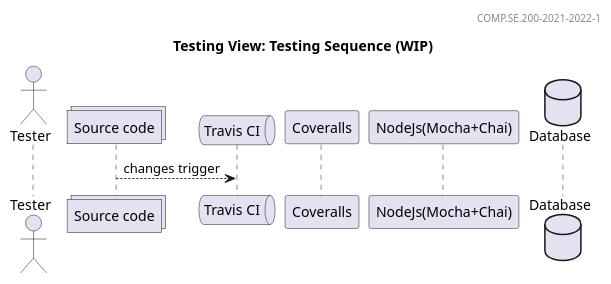
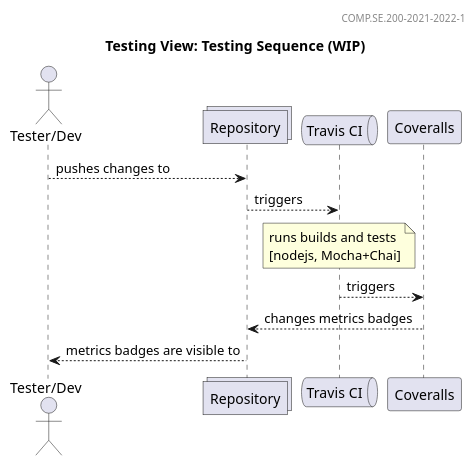
One commit to otula/COMP.SE.200-2021-2022-1 changed the diagram in docs/testing_sequence.puml. Above: the diagram before and after it, drawn with PlantUML. The commit also changed 2 other files, not shown here.

Commit message:
added a bit info about mocha+chai (#3)
* added a bit info about mocha+chai

* updated Test environment section, made Testing sequence diagram

```diff
--- a/docs/testing_sequence.puml
+++ b/docs/testing_sequence.puml
@@ -1,22 +1,23 @@
 @startuml Testing Sequence (WIP)
 
 header COMP.SE.200-2021-2022-1
 
 title Testing View: Testing Sequence (WIP)
 
-actor Tester as user
+actor "Tester/Dev" as user
 
-collections "Source code" as code
+collections "Repository" as code
 
 queue "Travis CI" as cicd
 
 participant "Coveralls" as coveralls
 
-participant "NodeJs(Mocha+Chai)" as nodejs
-
-database "Database" as db
-
-
-code --> cicd : changes trigger
+user-->code : pushes changes to
+' code <-- cicd : observes commits and PRs
+code --> cicd : triggers
+note over cicd: runs builds and tests\r\n[nodejs, Mocha+Chai]
+cicd --> coveralls : triggers
+code <-- coveralls : changes metrics badges
+user<--code : metrics badges are visible to
 
 @enduml
```
